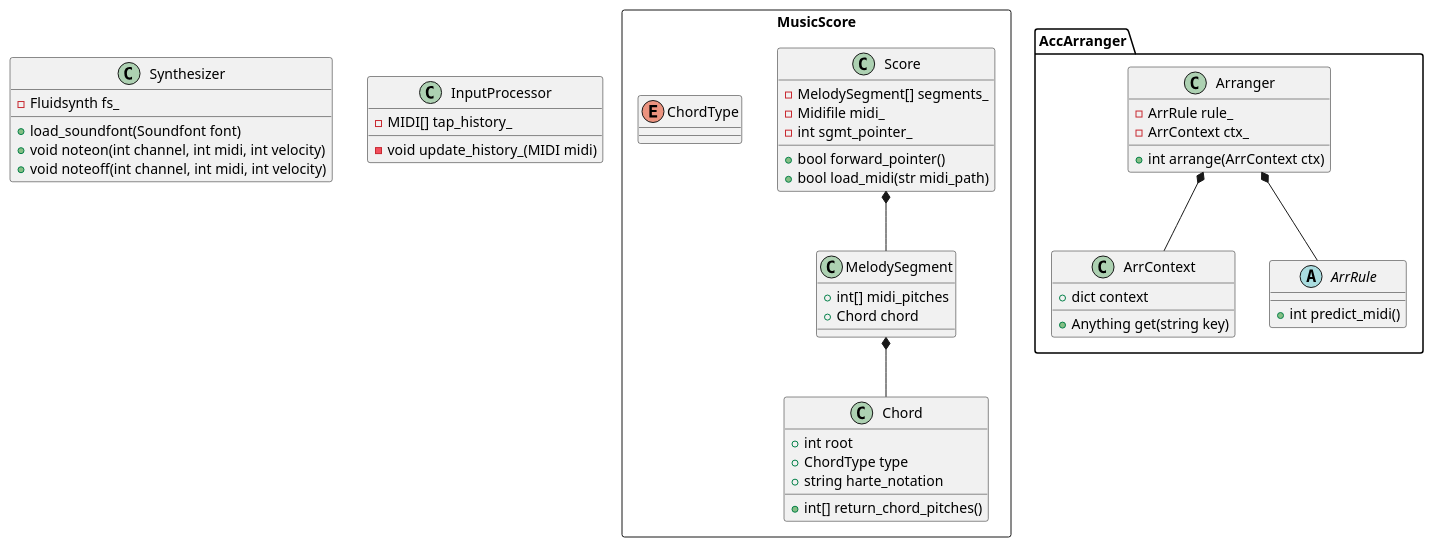
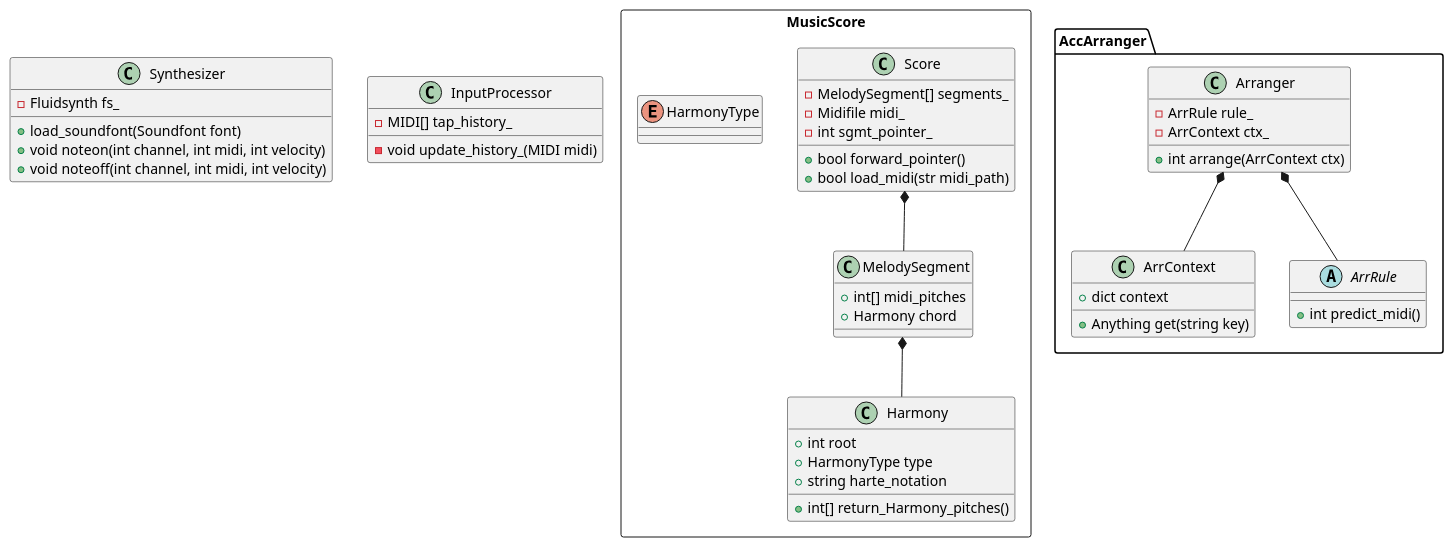
The diagram in yml/structure.puml (lynnzYe/TapArranger), drawn with PlantUML before and after one commit. The commit also changed 8 other files, not shown here.

```diff
--- a/yml/structure.puml
+++ b/yml/structure.puml
@@ -1,67 +1,67 @@
 @startuml
 'https://plantuml.com/class-diagram
 
 package MusicScore <<Rectangle>>{
     class Score{
         - MelodySegment[] segments_
         - Midifile midi_
         - int sgmt_pointer_
 
         + bool forward_pointer()
         + bool load_midi(str midi_path)
     }
 
     class MelodySegment{
         + int[] midi_pitches
-        + Chord chord
+        + Harmony chord
     }
 
-    class Chord {
+    class Harmony {
         + int root
-        + ChordType type
+        + HarmonyType type
         + string harte_notation
 
-        + int[] return_chord_pitches()
+        + int[] return_Harmony_pitches()
     }
 
-    enum ChordType
+    enum HarmonyType
 }
 
 class Synthesizer {
     - Fluidsynth fs_
     + load_soundfont(Soundfont font)
     + void noteon(int channel, int midi, int velocity)
     + void noteoff(int channel, int midi, int velocity)
 }
 
 class InputProcessor {
     - MIDI[] tap_history_
     - void update_history_(MIDI midi)
 }
 
 package AccArranger {
     class Arranger {
         - ArrRule rule_
         - ArrContext ctx_
         + int arrange(ArrContext ctx)
     }
 
     class ArrContext {
         + dict context
         + Anything get(string key)
     }
 
 
     abstract class ArrRule {
         + int predict_midi()
     }
 }
 
 Score *--MelodySegment
-MelodySegment *-- Chord
+MelodySegment *-- Harmony
 Arranger *-- ArrRule
 Arranger *-- ArrContext
 
 
 
 @enduml
```
